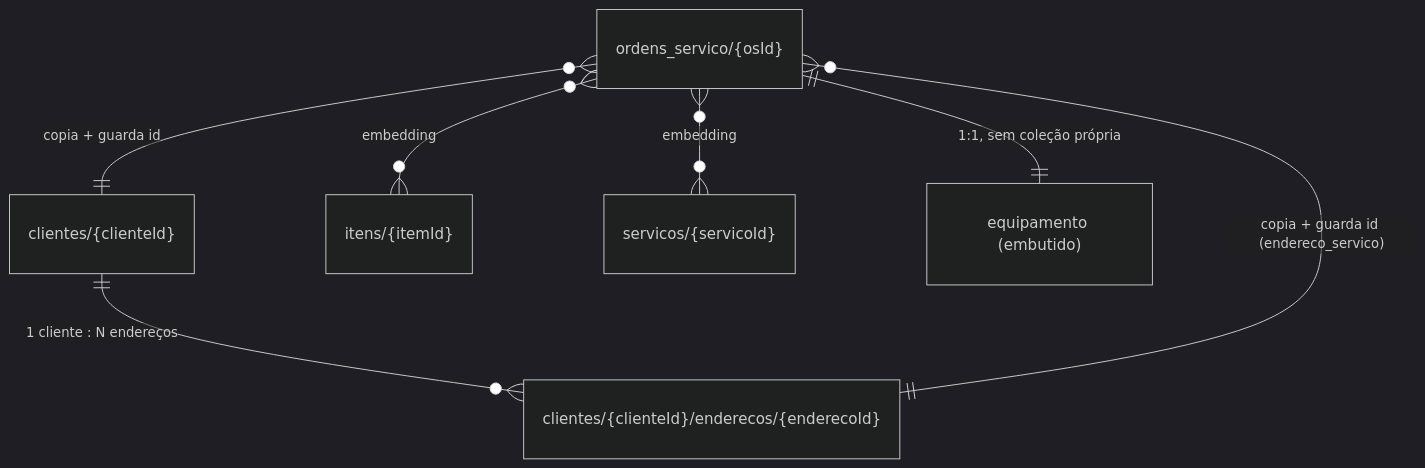
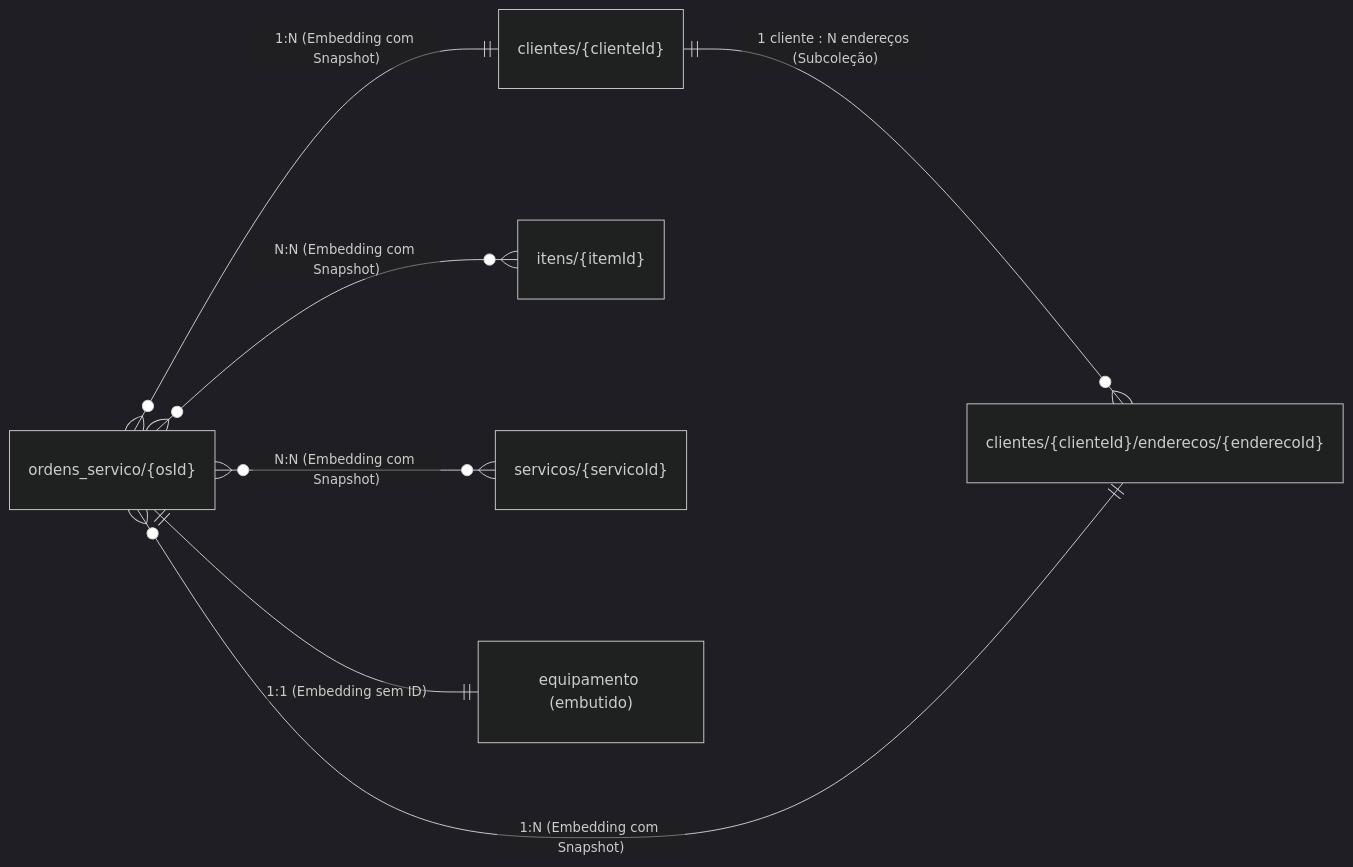
The diagram in diagramas/schema-firestore.md (CS-PI-2026-Argonautas/docs), drawn with Mermaid (dark theme) before and after one commit. The commit also changed other lines of this file, not shown here.

Commit message:
Revise Firestore schema diagram and descriptions
Updated the Firestore schema diagram and descriptions for better clarity and detail.

````diff
--- a/diagramas/schema-firestore.md
+++ b/diagramas/schema-firestore.md
@@ -3,9 +3,10 @@
 ```mermaid
 erDiagram
-  "clientes/{clienteId}" ||--o{ "clientes/{clienteId}/enderecos/{enderecoId}" : "1 cliente : N endereços"
-  "ordens_servico/{osId}" }o--o{ "itens/{itemId}" : "embedding"
-  "ordens_servico/{osId}" }o--o{ "servicos/{servicoId}" : "embedding"
-  "ordens_servico/{osId}" ||--|| "equipamento (embutido)" : "1:1, sem coleção própria"
-  "ordens_servico/{osId}" }o--|| "clientes/{clienteId}" : "copia + guarda id"
-  "ordens_servico/{osId}" }o--|| "clientes/{clienteId}/enderecos/{enderecoId}" : "copia + guarda id (endereco_servico)"
+direction LR
+  "clientes/{clienteId}" ||--o{ "clientes/{clienteId}/enderecos/{enderecoId}" : "1 cliente : N endereços (Subcoleção)"
+  "ordens_servico/{osId}" }o--|| "clientes/{clienteId}" : "1:N (Embedding com Snapshot)"
+  "ordens_servico/{osId}" }o--|| "clientes/{clienteId}/enderecos/{enderecoId}" : "1:N (Embedding com Snapshot)"
+  "ordens_servico/{osId}" }o--o{ "itens/{itemId}" : "N:N (Embedding com Snapshot)"
+  "ordens_servico/{osId}" }o--o{ "servicos/{servicoId}" : "N:N (Embedding com Snapshot)"
+  "ordens_servico/{osId}" ||--|| "equipamento (embutido)" : "1:1 (Embedding sem ID)"
 ```
````
